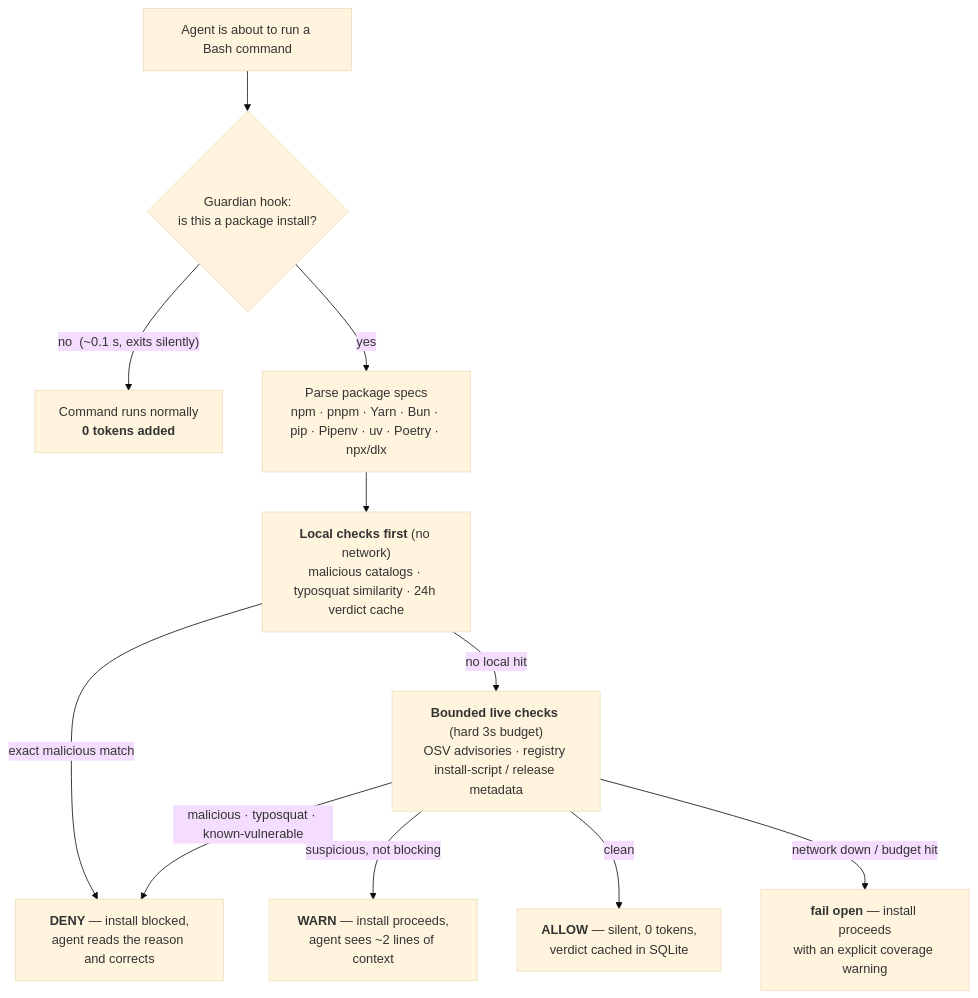
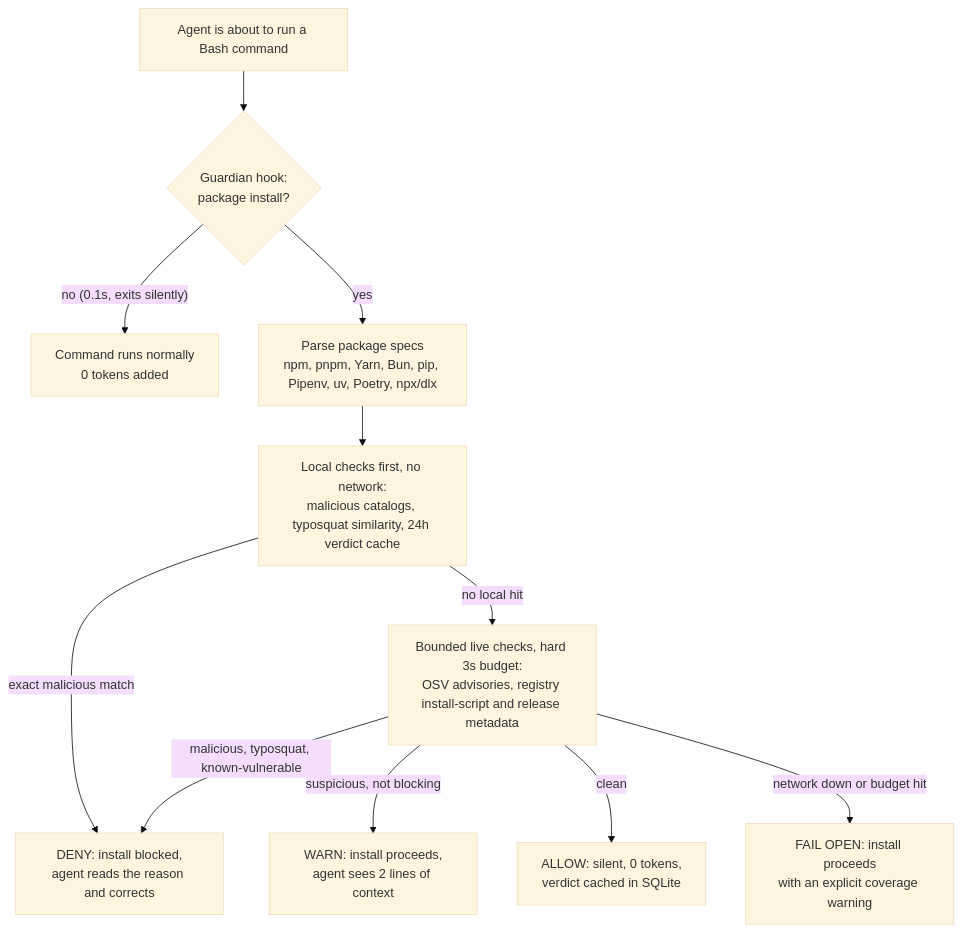
One commit to gateway/guardian changed the diagram in README.md. Above: the diagram before and after it, drawn with Mermaid (base theme). The commit also changed other lines of this file, not shown here.

Commit message:
Fix mermaid diagram rendering on GitHub
Remove HTML entities and bold tags from node and edge labels; GitHub's
mermaid enrichment fell back to the raw code block with the previous
syntax.

````diff
--- a/README.md
+++ b/README.md
@@ -248,13 +255,13 @@
 ```mermaid
 flowchart TD
-    A["Agent is about to run a Bash command"] --> B{"Guardian hook:<br/>is this a package install?"}
-    B -- "no&nbsp;&nbsp;(~0.1 s, exits silently)" --> Z["Command runs normally<br/><b>0 tokens added</b>"]
-    B -- yes --> C["Parse package specs<br/>npm · pnpm · Yarn · Bun · pip · Pipenv · uv · Poetry · npx/dlx"]
-    C --> D["<b>Local checks first</b> (no network)<br/>malicious catalogs · typosquat similarity · 24h verdict cache"]
-    D -- "exact malicious match" --> X["<b>DENY</b> — install blocked,<br/>agent reads the reason and corrects"]
-    D -- "no local hit" --> E["<b>Bounded live checks</b> (hard 3s budget)<br/>OSV advisories · registry install-script / release metadata"]
-    E -- "malicious · typosquat · known-vulnerable" --> X
-    E -- "suspicious, not blocking" --> W["<b>WARN</b> — install proceeds,<br/>agent sees ~2 lines of context"]
-    E -- clean --> V["<b>ALLOW</b> — silent, 0 tokens,<br/>verdict cached in SQLite"]
-    E -- "network down / budget hit" --> F["<b>fail open</b> — install proceeds<br/>with an explicit coverage warning"]
+    A["Agent is about to run a Bash command"] --> B{"Guardian hook:<br/>package install?"}
+    B -- "no (0.1s, exits silently)" --> Z["Command runs normally<br/>0 tokens added"]
+    B -- "yes" --> C["Parse package specs<br/>npm, pnpm, Yarn, Bun, pip, Pipenv, uv, Poetry, npx/dlx"]
+    C --> D["Local checks first, no network:<br/>malicious catalogs, typosquat similarity, 24h verdict cache"]
+    D -- "exact malicious match" --> X["DENY: install blocked,<br/>agent reads the reason and corrects"]
+    D -- "no local hit" --> E["Bounded live checks, hard 3s budget:<br/>OSV advisories, registry install-script and release metadata"]
+    E -- "malicious, typosquat, known-vulnerable" --> X
+    E -- "suspicious, not blocking" --> W["WARN: install proceeds,<br/>agent sees 2 lines of context"]
+    E -- "clean" --> V["ALLOW: silent, 0 tokens,<br/>verdict cached in SQLite"]
+    E -- "network down or budget hit" --> F["FAIL OPEN: install proceeds<br/>with an explicit coverage warning"]
 ```
````
